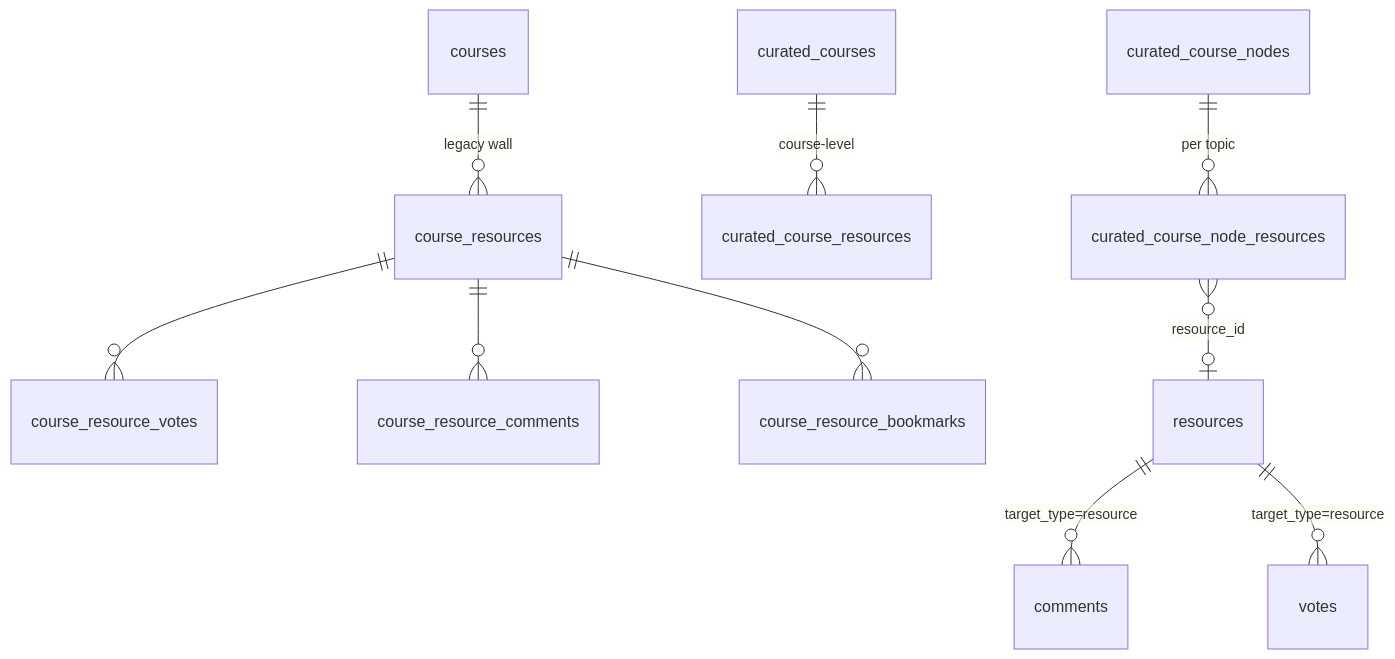
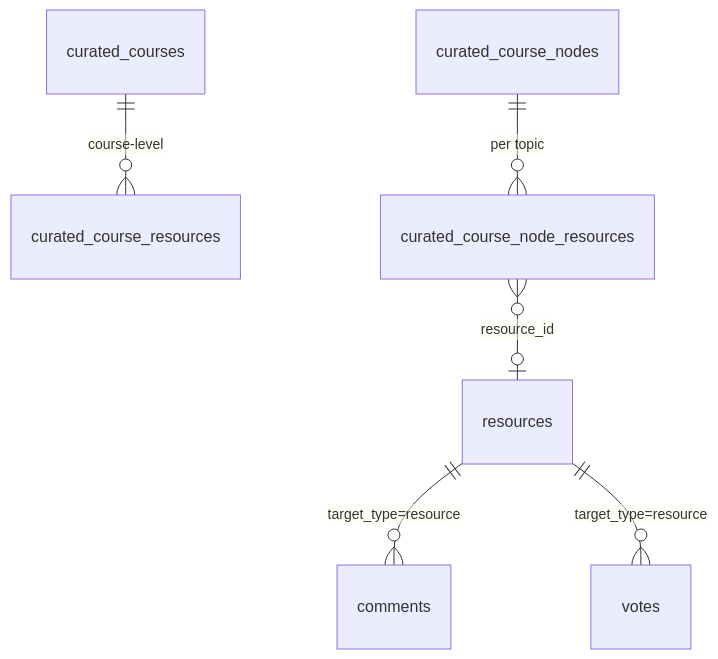
Before and after one commit to coursetexts/notion-site: the third of 10 diagrams in docs/database.md, drawn with Mermaid. The commit also changed other lines of this file and 89 other files, not shown here.

````diff
--- a/docs/database.md
+++ b/docs/database.md
@@ -218,14 +204,9 @@
 ```mermaid
 erDiagram
-  courses ||--o{ course_resources : "legacy wall"
-  course_resources ||--o{ course_resource_votes : ""
-  course_resources ||--o{ course_resource_comments : ""
-  course_resources ||--o{ course_resource_bookmarks : ""
-
   resources ||--o{ comments : "target_type=resource"
   resources ||--o{ votes : "target_type=resource"
 
   curated_courses ||--o{ curated_course_resources : "course-level"
   curated_course_nodes ||--o{ curated_course_node_resources : "per topic"
   curated_course_node_resources }o--o| resources : "resource_id"
 ```
````
